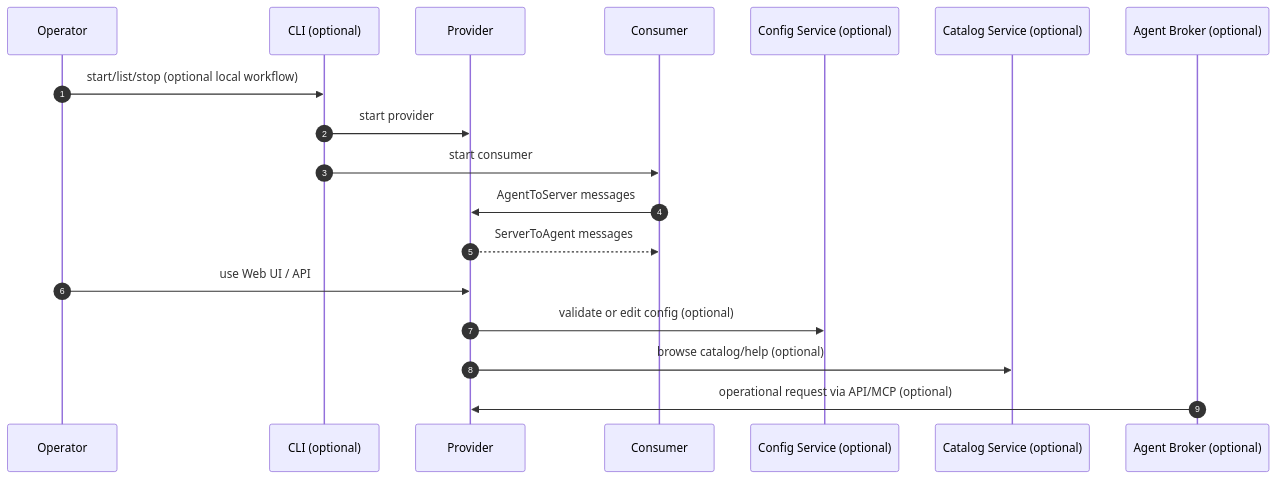
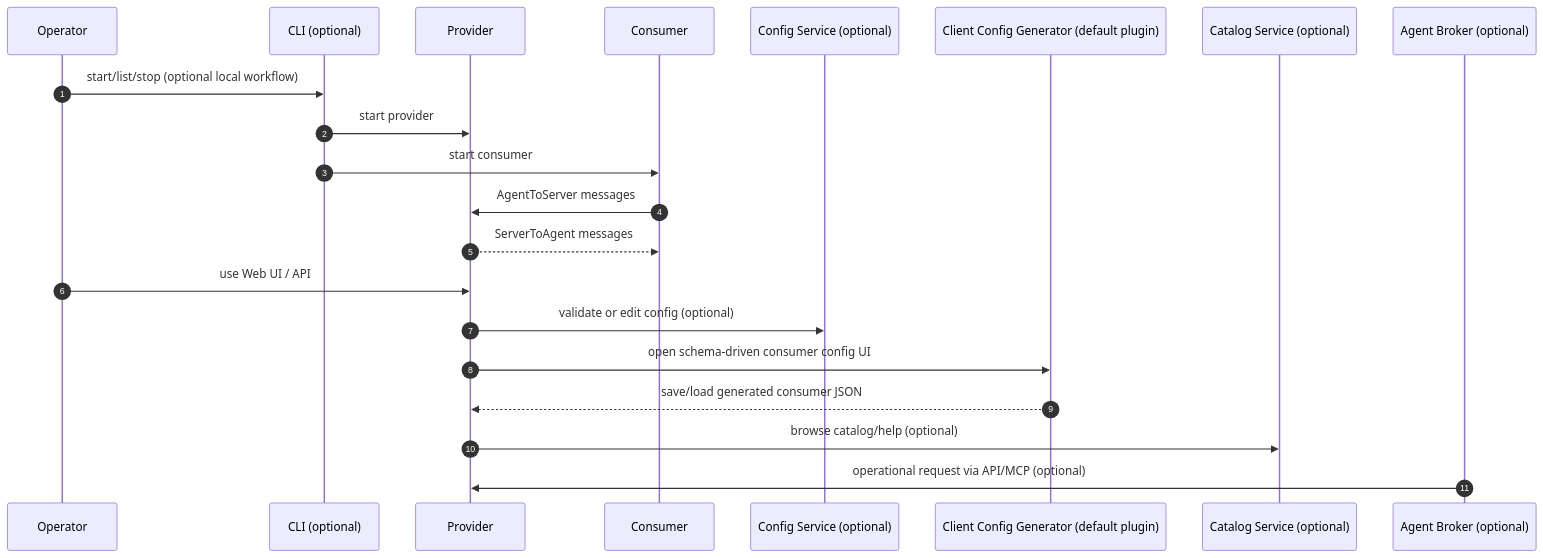
Before and after one commit to opamp-observe/opamp-core: the second of 2 diagrams in docs/README.md, drawn with Mermaid. The commit also changed other lines of this file and 4 other files, not shown here.

````diff
--- a/docs/README.md
+++ b/docs/README.md
@@ -186,23 +194,26 @@
 ```mermaid
 sequenceDiagram
     autonumber
     participant Operator
     participant CLI as CLI (optional)
     participant Provider
     participant Consumer
     participant ConfigService as Config Service (optional)
+    participant Generator as Client Config Generator (default plugin)
     participant CatalogService as Catalog Service (optional)
     participant Broker as Agent Broker (optional)
 
     Operator->>CLI: start/list/stop (optional local workflow)
     CLI->>Provider: start provider
     CLI->>Consumer: start consumer
 
     Consumer->>Provider: AgentToServer messages
     Provider-->>Consumer: ServerToAgent messages
 
     Operator->>Provider: use Web UI / API
     Provider->>ConfigService: validate or edit config (optional)
+    Provider->>Generator: open schema-driven consumer config UI
+    Generator-->>Provider: save/load generated consumer JSON
     Provider->>CatalogService: browse catalog/help (optional)
     Broker->>Provider: operational request via API/MCP (optional)
 ```
````
